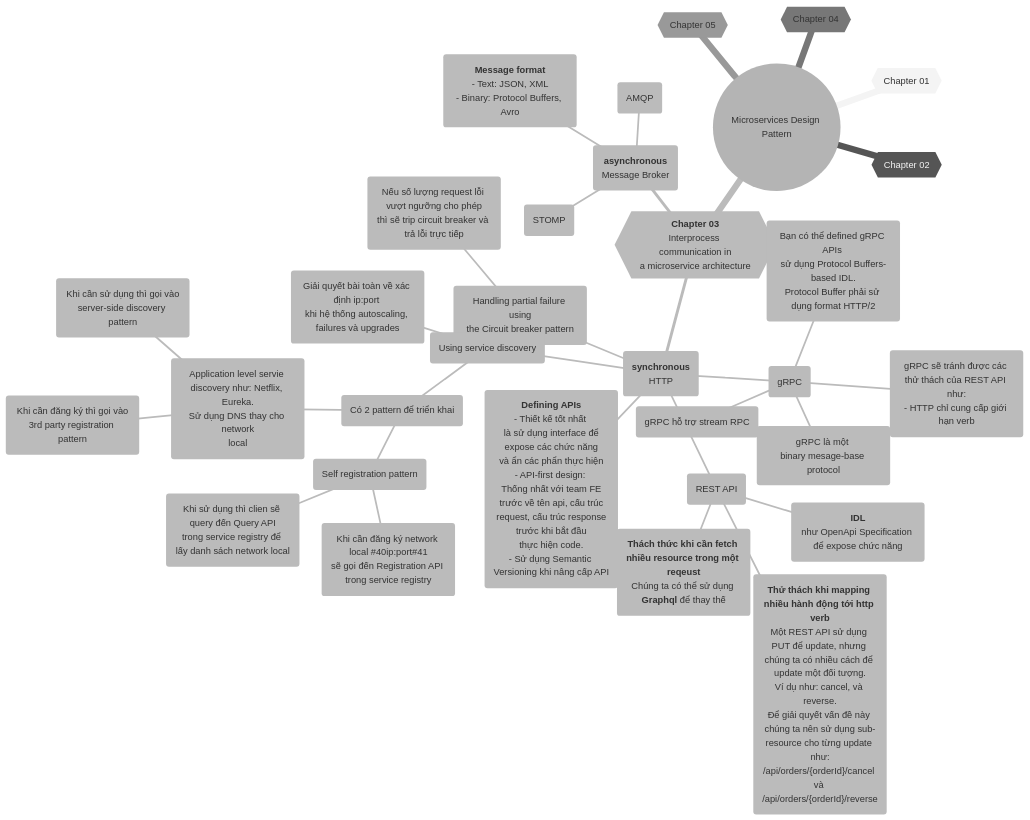
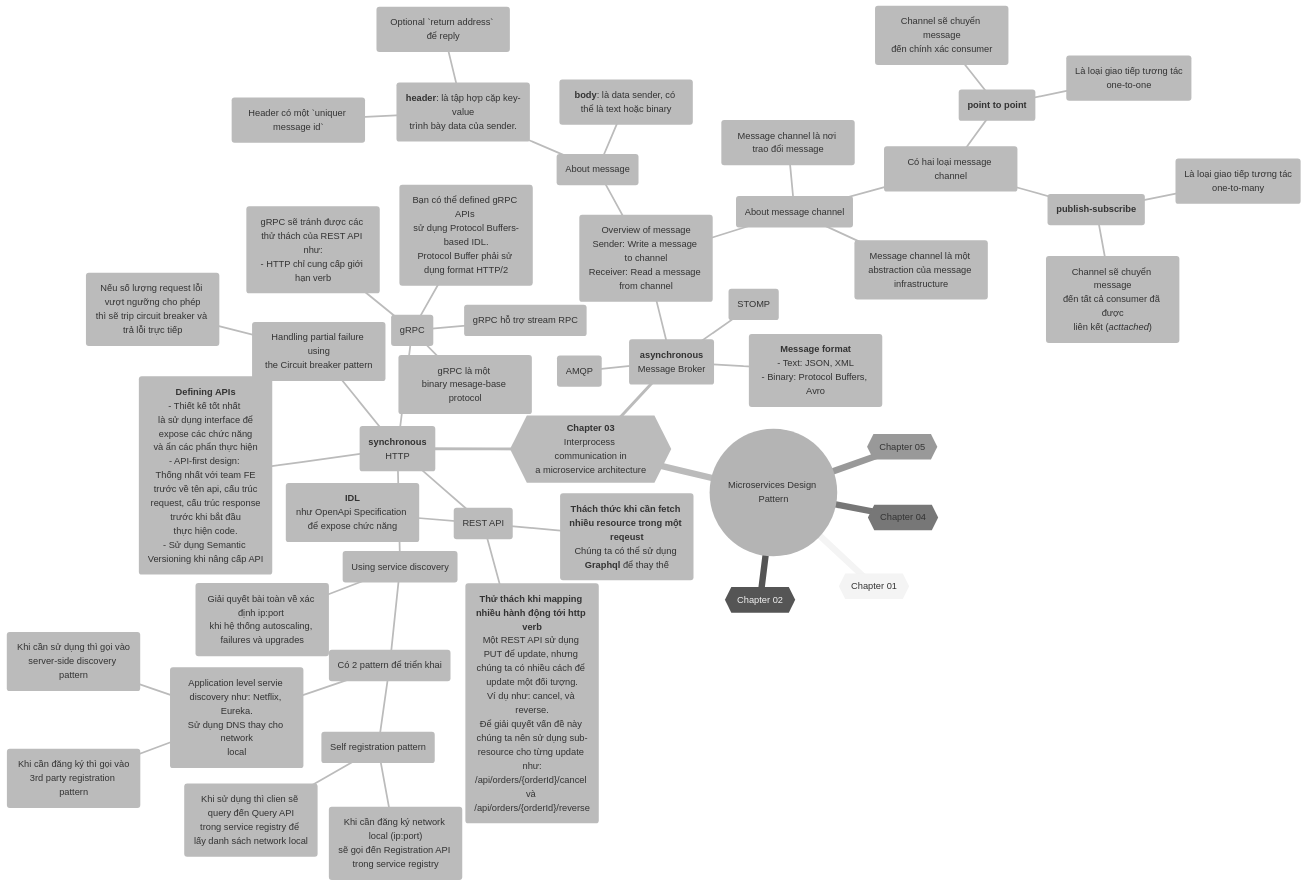
One commit to thehappycode/thehappycode.github.io changed the diagram in _posts/2026-01-22-microservices-design-pattern.md. Above: the diagram before and after it, drawn with Mermaid (neutral theme). The commit also changed other lines of this file and 1 other file, not shown here.

Commit message:
#blog:  update 2026-01-08-spring-boot-pipeline.md,  _posts/2026-01-22-microservices-design-pattern.md

```diff
--- a/_posts/2026-01-22-microservices-design-pattern.md
+++ b/_posts/2026-01-22-microservices-design-pattern.md
@@ -73,7 +73,7 @@
           )
           (Có 2 pattern để triển khai)
             (Self registration pattern)
-              (Khi cần đăng ký network local #40ip:port#41
+              (Khi cần đăng ký network local #40;ip:port#41;
                sẽ gọi đến Registration API trong service registry
               )
               (Khi sử dụng thì clien sẽ query đến Query API
@@ -99,7 +99,36 @@
         )
         (AMQP)
         (STOMP)
-
+        (Overview of message
+          Sender: Write a message to channel
+          Receiver: Read a message from channel
+        )
+          (About message)
+            (**header**: là tập hợp cặp key-value
+              trình bày data của sender.
+            )
+              (Header có một `uniquer message id`)
+              (Optional `return address` để reply)
+            (**body**: là data sender, có thể là text hoặc binary)
+          (About message channel)
+            (Message channel là nơi trao đổi message)
+            (Message channel là một abstraction của message infrastructure)
+            (Có hai loại message channel)
+              (**point to point**)
+                (Channel sẽ chuyển message
+                  đến chính xác consumer
+                )
+                (Là loại giao tiếp tương tác
+                  one-to-one
+                )
+              (**publish-subscribe**)
+                (Channel sẽ chuyển message
+                  đến tất cả consumer đã được
+                  liên kết #40;*acttached*#41;
+                )
+                (Là loại giao tiếp tương tác
+                 one-to-many
+                )
 
     {{Chapter 04}}
 
```
